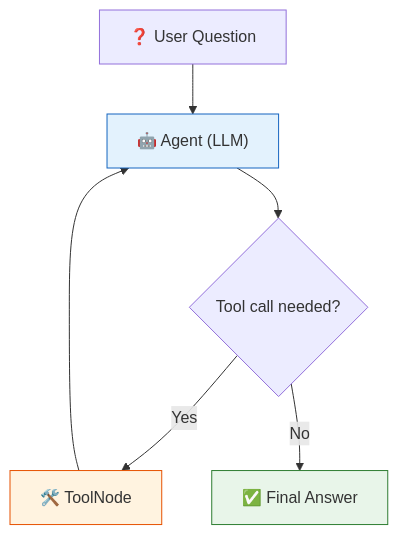
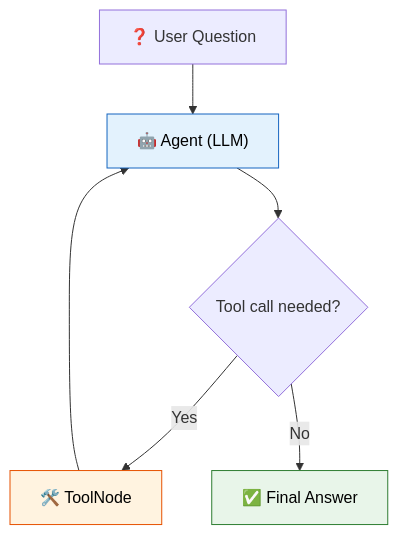
Before and after one commit to remolaan/Agentic-AI-Cookbook: the diagram in 12_agents/README.md, drawn with Mermaid. The commit also changed 45 other files, not shown here.

Commit message:
Fix Mermaid diagram text colors for readability across all READMEs

````diff
--- a/12_agents/README.md
+++ b/12_agents/README.md
@@ -11,12 +11,12 @@
 ```mermaid
 flowchart TD
     Q["❓ User Question"] --> A["🤖 Agent (LLM)"]
     A --> T{"Tool call needed?"}
     T -->|"Yes"| TN["🛠️ ToolNode"]
     TN --> A
     T -->|"No"| R["✅ Final Answer"]
     
-    style A fill:#e3f2fd,stroke:#1565c0
-    style TN fill:#fff3e0,stroke:#e65100
-    style R fill:#e8f5e9,stroke:#2e7d32
+    style A fill:#e3f2fd,stroke:#1565c0,color:#000000
+    style TN fill:#fff3e0,stroke:#e65100,color:#000000
+    style R fill:#e8f5e9,stroke:#2e7d32,color:#000000
 ```
````
